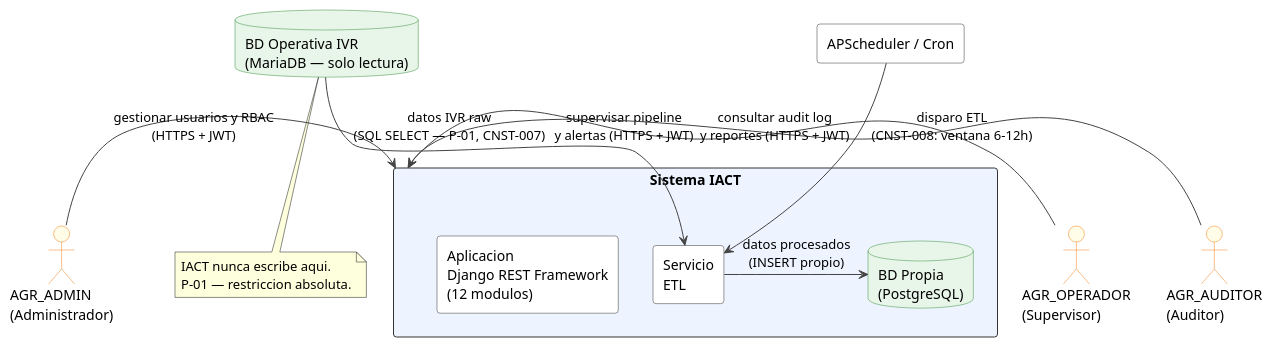
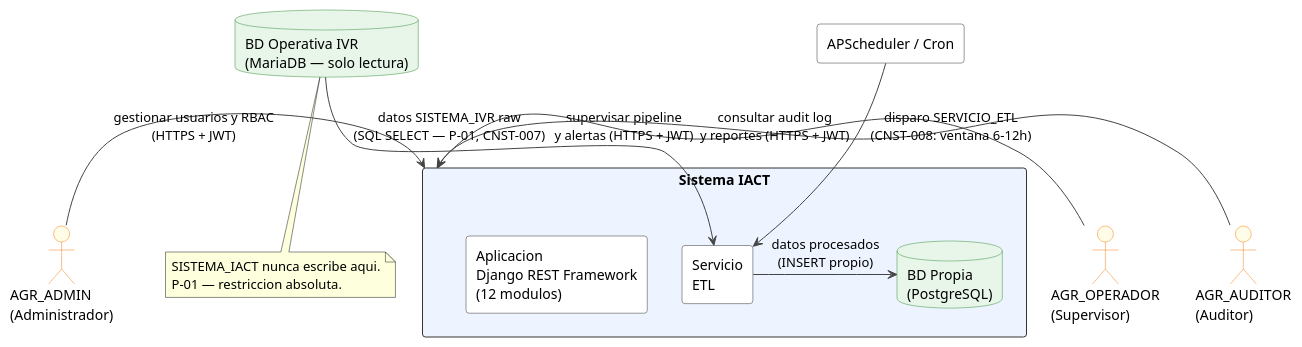
The diagram in source/arquitectura-tecnica/context-view/context-diagram.rst (jcg-admin/IACT-docs), drawn with PlantUML before and after one commit. The commit also changed 99 other files, not shown here.

First line of the commit message:
Fix ABREV_CORTA aliases in PlantUML blocks (97 files)

```diff
--- a/source/arquitectura-tecnica/context-view/context-diagram.rst
+++ b/source/arquitectura-tecnica/context-view/context-diagram.rst
@@ -43,48 +43,48 @@
 .. uml::
  :caption: Figura — Context View: frontera del sistema IACT
 
  @startuml
 
  skinparam rectangle {
    BackgroundColor White
    BorderColor #333333
    RoundCorner 6
  }
  skinparam actor {
    BackgroundColor #FFFDE7
    BorderColor #F57F17
  }
  skinparam database {
    BackgroundColor #E8F5E9
    BorderColor #388E3C
  }
  skinparam shadowing false
  skinparam ArrowColor #444444
 
  actor "AGR_ADMIN\n(Administrador)" as Admin
  actor "AGR_OPERADOR\n(Supervisor)" as Operador
  actor "AGR_AUDITOR\n(Auditor)" as Auditor
 
- database "BD Operativa IVR\n(MariaDB — solo lectura)" as IVR
+ database "BD Operativa IVR\n(MariaDB — solo lectura)" as SISTEMA_IVR
  rectangle "APScheduler / Cron" as Scheduler
 
- rectangle "  Sistema IACT  " as IACT #EEF4FF {
+ rectangle "  Sistema IACT  " as SISTEMA_IACT #EEF4FF {
    rectangle "Aplicacion\nDjango REST Framework\n(12 modulos)" as App
-   rectangle "Servicio\nETL" as ETL
+   rectangle "Servicio\nETL" as SERVICIO_ETL
    database "BD Propia\n(PostgreSQL)" as BDPropia
  }
 
- Admin -right-> IACT    : gestionar usuarios y RBAC\n(HTTPS + JWT)
- Operador -right-> IACT : supervisar pipeline\ny alertas (HTTPS + JWT)
- Auditor -right-> IACT  : consultar audit log\ny reportes (HTTPS + JWT)
+ Admin -right-> SISTEMA_IACT    : gestionar usuarios y RBAC\n(HTTPS + JWT)
+ Operador -right-> SISTEMA_IACT : supervisar pipeline\ny alertas (HTTPS + JWT)
+ Auditor -right-> SISTEMA_IACT  : consultar audit log\ny reportes (HTTPS + JWT)
 
- IVR -down-> ETL        : datos IVR raw\n(SQL SELECT — P-01, CNST-007)
- Scheduler -down-> ETL  : disparo ETL\n(CNST-008: ventana 6-12h)
- ETL -right-> BDPropia  : datos procesados\n(INSERT propio)
+ SISTEMA_IVR -down-> SERVICIO_ETL        : datos SISTEMA_IVR raw\n(SQL SELECT — P-01, CNST-007)
+ Scheduler -down-> SERVICIO_ETL  : disparo SERVICIO_ETL\n(CNST-008: ventana 6-12h)
+ SERVICIO_ETL -right-> BDPropia  : datos procesados\n(INSERT propio)
 
- note bottom of IVR
-   IACT nunca escribe aqui.
+ note bottom of SISTEMA_IVR
+   SISTEMA_IACT nunca escribe aqui.
    P-01 — restriccion absoluta.
  end note
 
  @enduml
```
